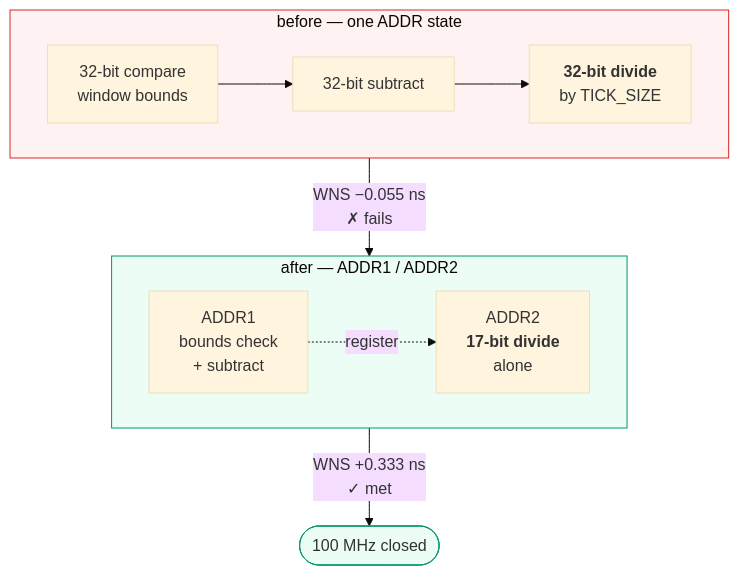
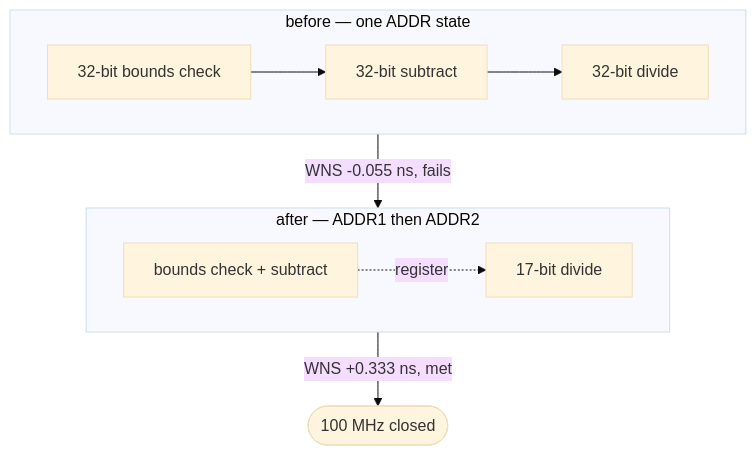
Before and after one commit to Rushmello369/fpga-feed-handler: the third of 5 diagrams in docs/diagrams/book_update.md, drawn with Mermaid (base theme). The commit also changed other lines of this file and 12 other files, not shown here.

Commit message:
add diagrams for system and module architectures

````diff
--- a/docs/diagrams/book_update.md
+++ b/docs/diagrams/book_update.md
@@ -59,20 +50,13 @@
 ```mermaid
-flowchart TB
+flowchart TD
     subgraph BEFORE["before — one ADDR state"]
         direction LR
-        B1["32-bit compare<br/>window bounds"] --> B2["32-bit subtract"] --> B3["<b>32-bit divide</b><br/>by TICK_SIZE"]
+        B1[32-bit bounds check] --> B2[32-bit subtract] --> B3[32-bit divide]
     end
-
-    subgraph AFTER["after — ADDR1 / ADDR2"]
+    subgraph AFTER["after — ADDR1 then ADDR2"]
         direction LR
-        A1["ADDR1<br/>bounds check<br/>+ subtract"] -.->|"register"| A2["ADDR2<br/><b>17-bit divide</b><br/>alone"]
+        A1[bounds check + subtract] -.->|register| A2[17-bit divide]
     end
-
-    BEFORE -->|"WNS −0.055 ns<br/>✗ fails"| AFTER
-    AFTER -->|"WNS +0.333 ns<br/>✓ met"| OK(["100 MHz closed"])
-
-    classDef bad fill:#fef2f2,stroke:#dc2626
-    classDef good fill:#ecfdf5,stroke:#059669
-    class BEFORE bad
-    class AFTER,OK good
+    BEFORE -->|WNS -0.055 ns, fails| AFTER
+    AFTER -->|WNS +0.333 ns, met| OK([100 MHz closed])
 ```
````
